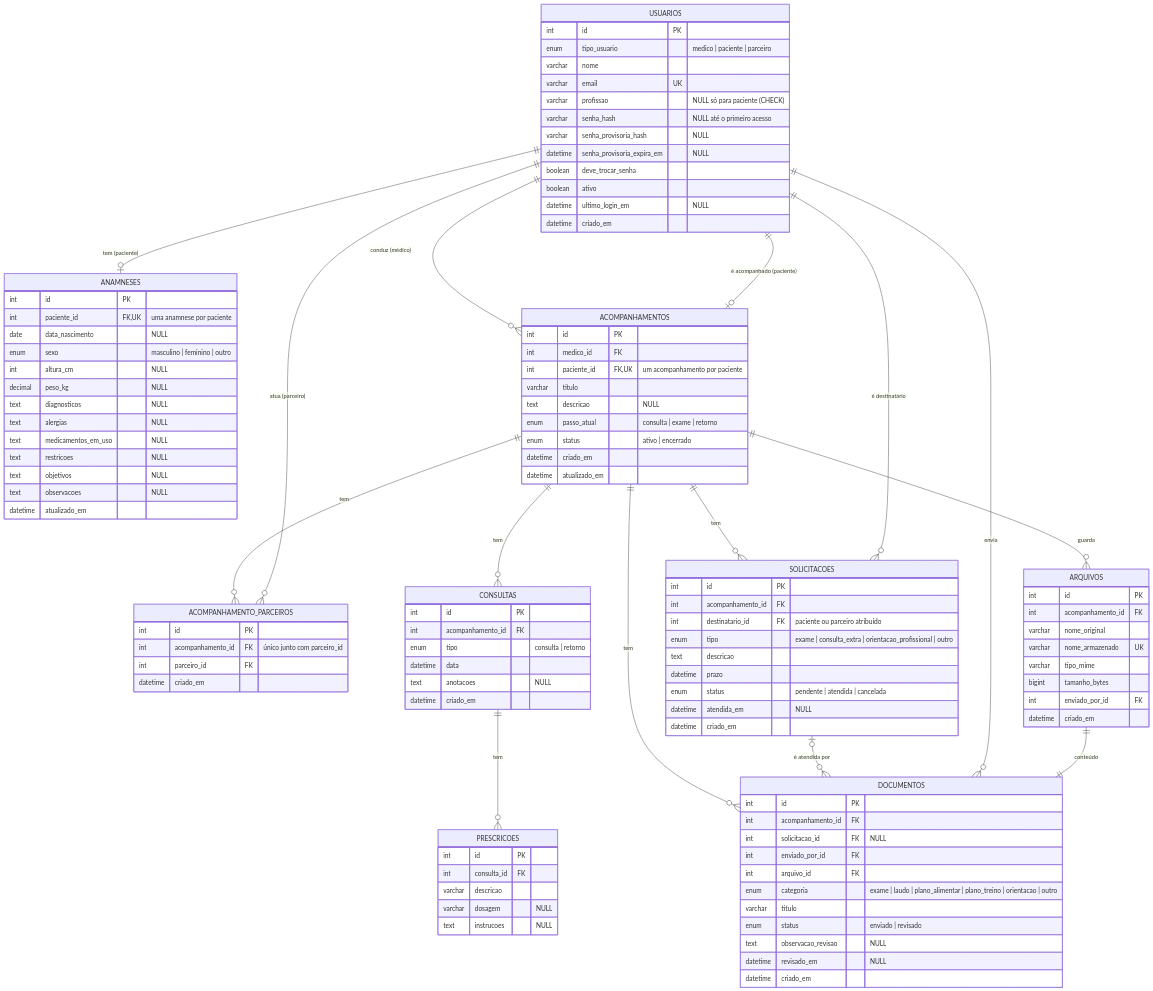
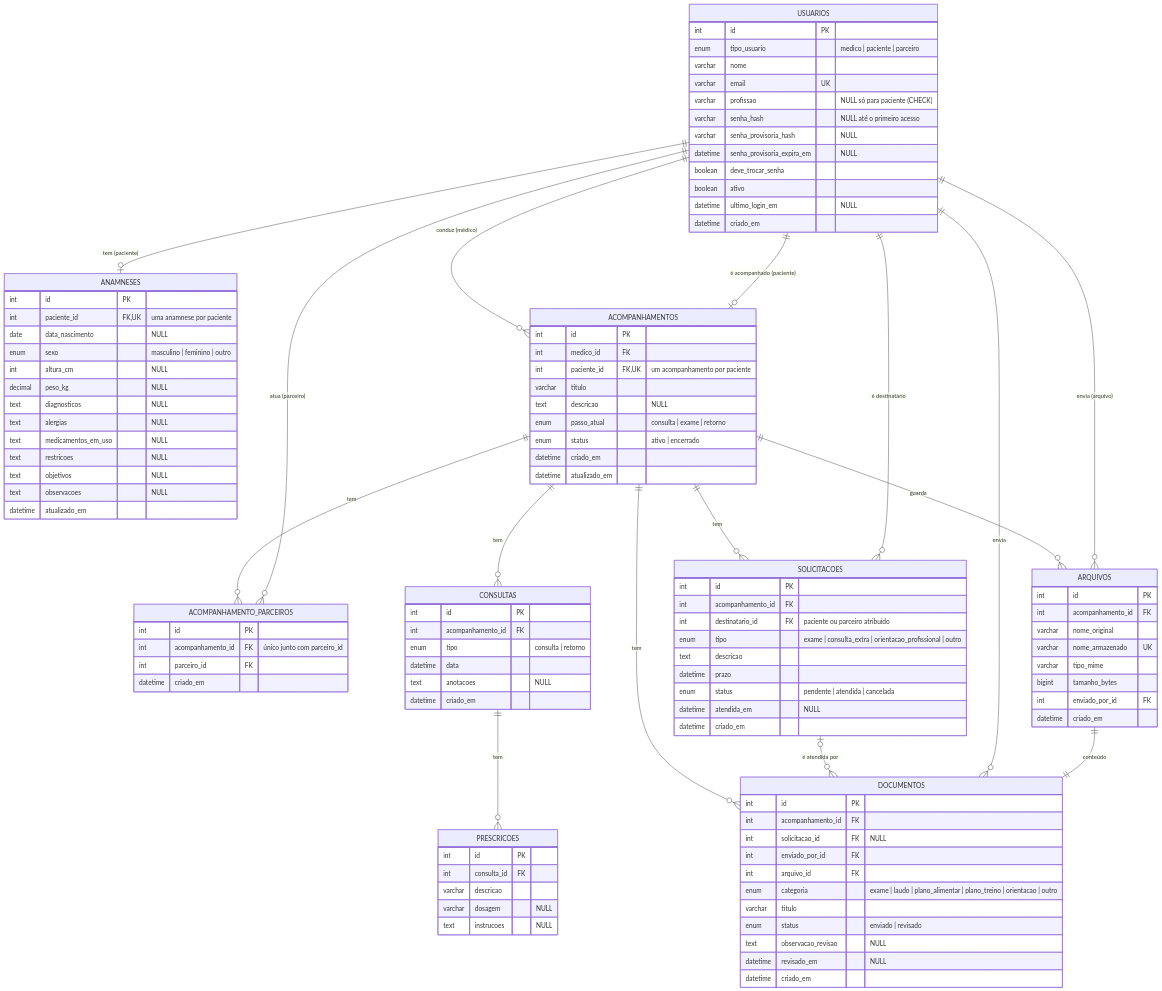
Before and after one commit to Life-Scan/LifeScan: the second of 3 diagrams in docs/diagramas.md, drawn with Mermaid. The commit also changed 2 other files, not shown here.

Commit message:
Atualiza o diagrama ER e remove o desenho do Excalidraw
- Inclui o relacionamento de usuarios com arquivos (enviado_por_id)
- Imagem do ER renderizada de novo a partir do Mermaid
- A documentação volta a usar só o Mermaid e as imagens geradas

````diff
--- a/docs/diagramas.md
+++ b/docs/diagramas.md
@@ -303,4 +303,5 @@
     USUARIOS ||--o{ DOCUMENTOS : "envia"
     ARQUIVOS ||--|| DOCUMENTOS : "conteúdo"
     ACOMPANHAMENTOS ||--o{ ARQUIVOS : "guarda"
+    USUARIOS ||--o{ ARQUIVOS : "envia (arquivo)"
 ```
````
